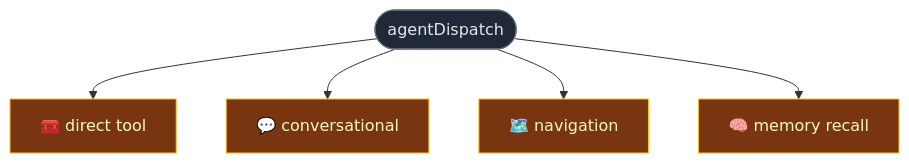
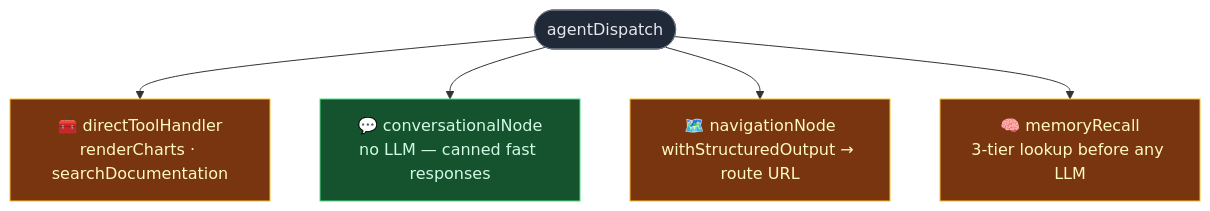
Before and after one commit to dr1tch/dr1tch-presentations: the fifth of 7 diagrams in decks/copilot.md, drawn with Mermaid. The commit also changed other lines of this file, not shown here.

````diff
--- a/decks/copilot.md
+++ b/decks/copilot.md
@@ -411,17 +472,18 @@
 ```mermaid {scale: 0.8}
 flowchart TB
     AD(["agentDispatch"]):::input
 
-    DT["🧰 direct tool"]:::agent
-    CN["💬 conversational"]:::agent
-    NV["🗺️ navigation"]:::agent
-    MR["🧠 memory recall"]:::agent
+    DT["🧰 directToolHandler\nrenderCharts · searchDocumentation"]:::agent
+    CN["💬 conversationalNode\nno LLM — canned fast responses"]:::fast
+    NV["🗺️ navigationNode\nwithStructuredOutput → route URL"]:::agent
+    MR["🧠 memoryRecall\n3-tier lookup before any LLM"]:::agent
 
     AD --> DT
     AD --> CN
     AD --> NV
     AD --> MR
 
     classDef input    fill:#1f2937,stroke:#6b7280,color:#e5e7eb
     classDef agent    fill:#78350f,stroke:#fbbf24,color:#fef9c3
+    classDef fast     fill:#14532d,stroke:#4ade80,color:#d1fae5
 ```
````
